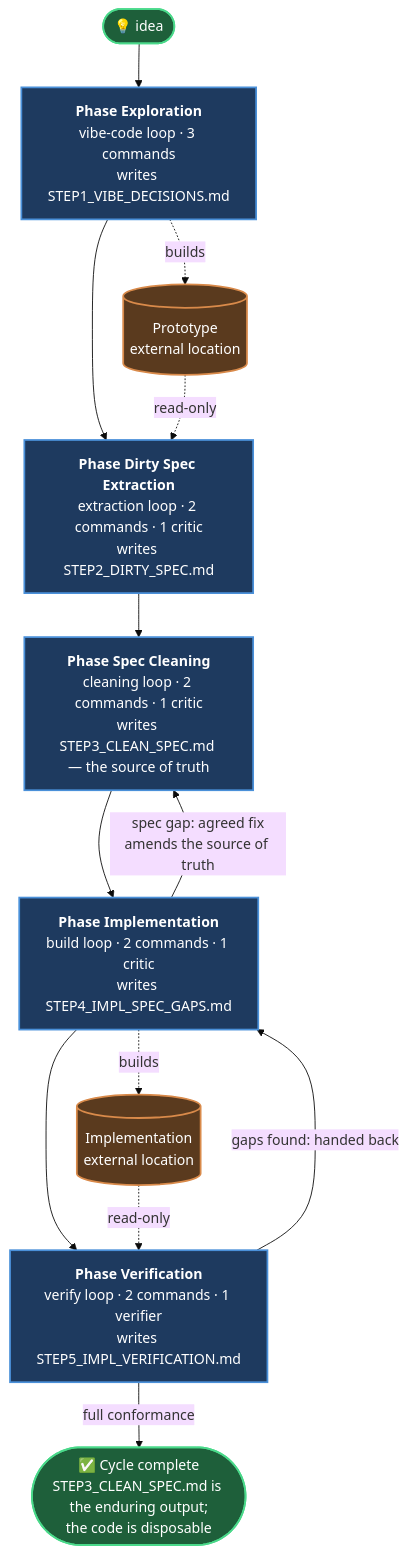
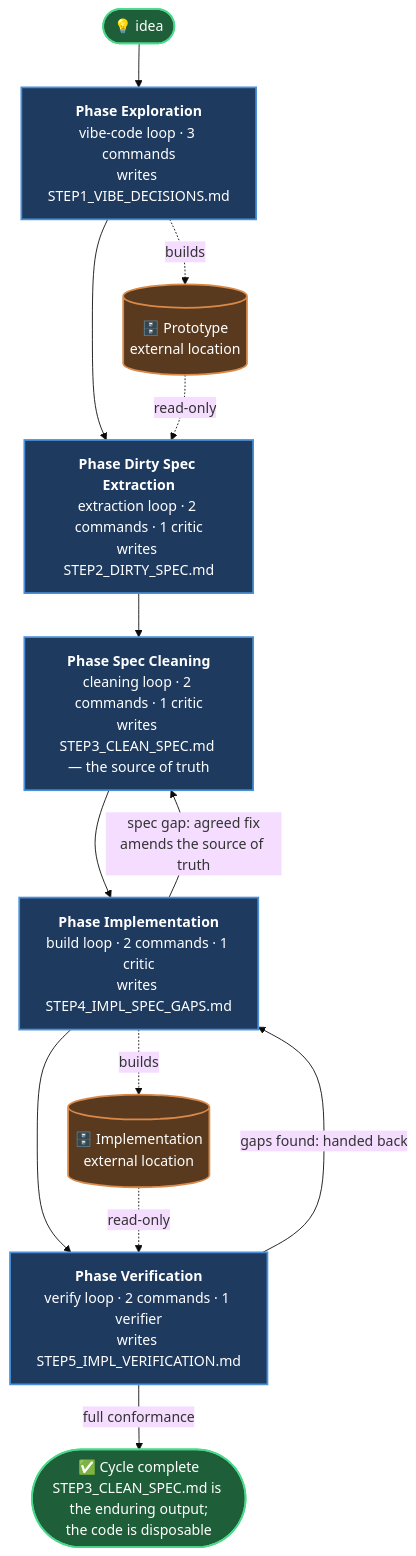
The first of 6 diagrams in docs/global_workflow.md (jeromeetienne/vibe_to_spec), drawn with Mermaid (base theme) before and after one commit. The commit also changed other lines of this file and 6 other files, not shown here.

First line of the commit message:
Apply global_workflow.md legend's symbols to all repo diagrams

````diff
--- a/docs/global_workflow.md
+++ b/docs/global_workflow.md
@@ -33,31 +33,31 @@
 ```mermaid
 flowchart TD
     Idea(["💡 idea"]) --> P1
 
     P1["<b>Phase Exploration</b><br/>vibe-code loop · 3 commands<br/>writes STEP1_VIBE_DECISIONS.md"]
     P2["<b>Phase Dirty Spec Extraction</b><br/>extraction loop · 2 commands · 1 critic<br/>writes STEP2_DIRTY_SPEC.md"]
     P3["<b>Phase Spec Cleaning</b><br/>cleaning loop · 2 commands · 1 critic<br/>writes STEP3_CLEAN_SPEC.md — the source of truth"]
     P4["<b>Phase Implementation</b><br/>build loop · 2 commands · 1 critic<br/>writes STEP4_IMPL_SPEC_GAPS.md"]
     P5["<b>Phase Verification</b><br/>verify loop · 2 commands · 1 verifier<br/>writes STEP5_IMPL_VERIFICATION.md"]
 
     P1 --> P2 --> P3 --> P4 --> P5
     P5 -->|"full conformance"| Done(["✅ Cycle complete<br/>STEP3_CLEAN_SPEC.md is the enduring output;<br/>the code is disposable"])
 
-    Proto[("Prototype<br/>external location")]
-    Impl[("Implementation<br/>external location")]
+    Proto[("🗄️ Prototype<br/>external location")]
+    Impl[("🗄️ Implementation<br/>external location")]
 
     P1 -.->|builds| Proto
     Proto -.->|read-only| P2
     P4 -.->|builds| Impl
     Impl -.->|read-only| P5
 
     P4 -->|"spec gap: agreed fix<br/>amends the source of truth"| P3
     P5 -->|"gaps found: handed back"| P4
 
     classDef phase fill:#1e3a5f,stroke:#4a90d9,stroke-width:2px,color:#fff;
     classDef code fill:#5a3a1e,stroke:#d98a4a,stroke-width:2px,color:#fff;
     classDef done fill:#1e5f3a,stroke:#4ad98a,stroke-width:2px,color:#fff;
     class P1,P2,P3,P4,P5 phase;
     class Proto,Impl code;
     class Done,Idea done;
 ```
````
